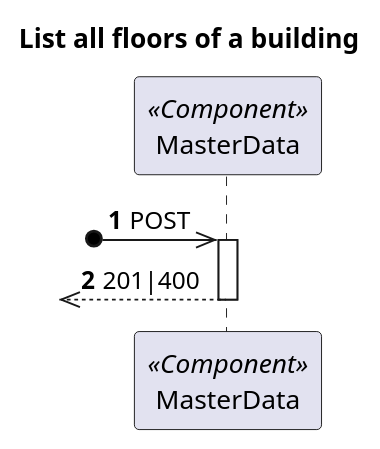
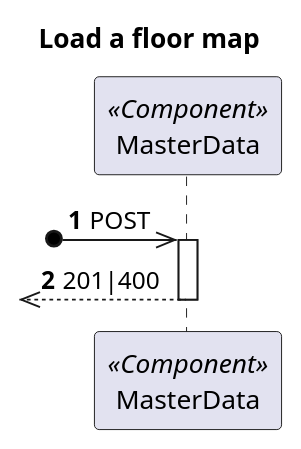
Before and after one commit to 1210910/lapr5: the diagram in docs/Vista Processo/US230/ProcessView_Level2_US230.puml, drawn with PlantUML. The commit also changed 66 other files, not shown here.

```diff
--- a/docs/Vista Processo/US230/ProcessView_Level2_US230.puml
+++ b/docs/Vista Processo/US230/ProcessView_Level2_US230.puml
@@ -1,17 +1,17 @@
 @startuml
 'https://plantuml.com/sequence-diagram
 
 autonumber
 
 skinparam packageStyle rect
 
-title List all floors of a building
+title Load a floor map
 
 participant "MasterData" as MD <<Component>>
 
 ?o->> MD : POST
 
 activate MD
 ?o<<-- MD : 201|400
 deactivate MD
 @enduml
```
